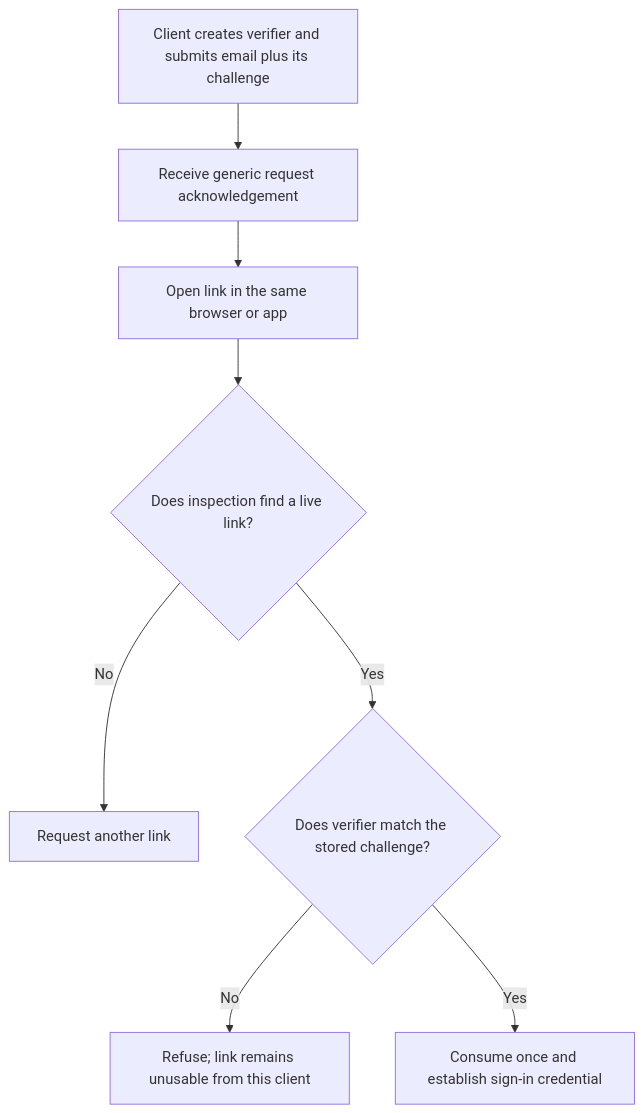
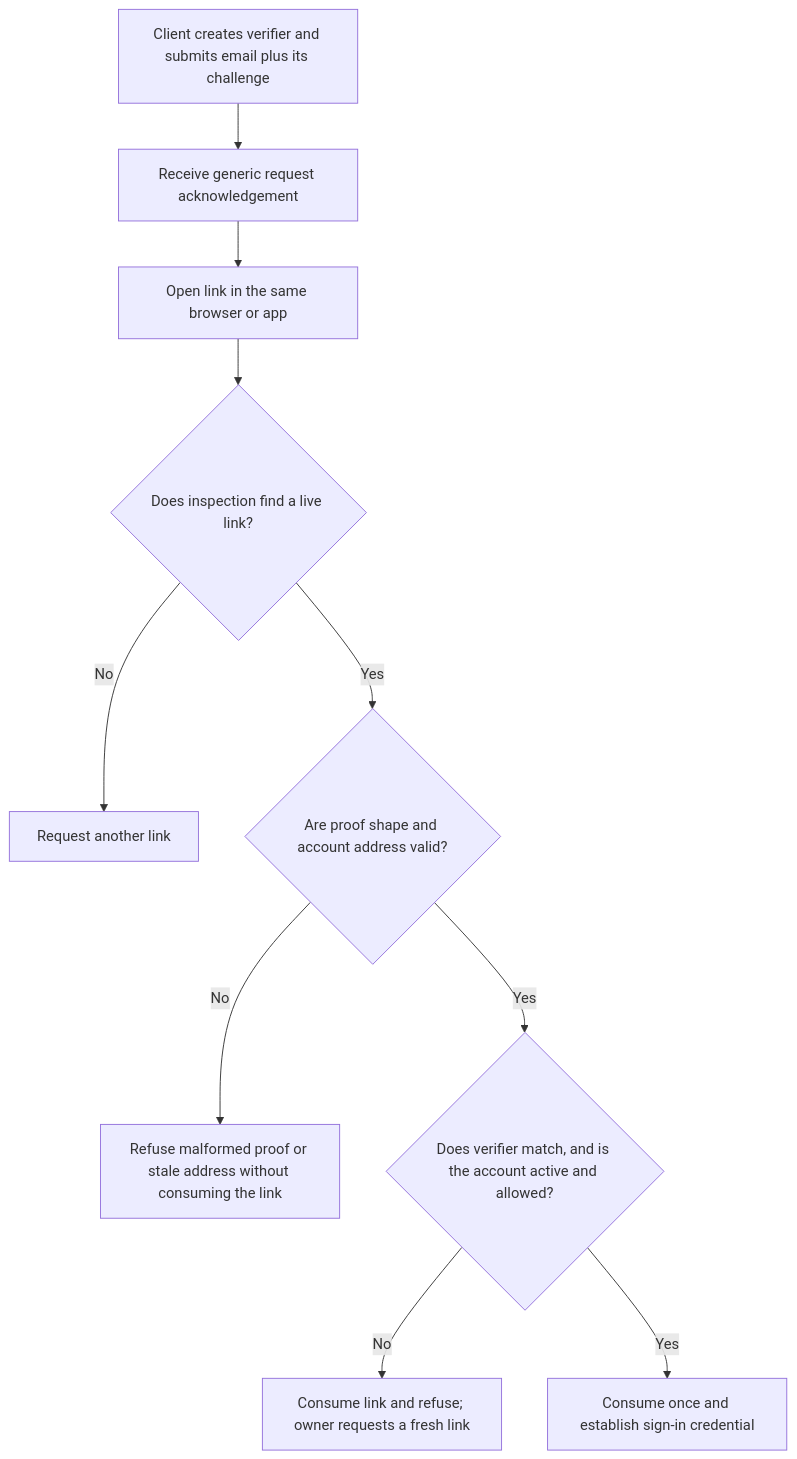
One commit to Kevinjohn/oss-adonisjs-account-kit changed the first of 2 diagrams in user-stories/US-ACCOUNT-13-magic-link.md. Above: the diagram before and after it, drawn with Mermaid. The commit also changed other lines of this file and 17 other files, not shown here.

````diff
--- a/user-stories/US-ACCOUNT-13-magic-link.md
+++ b/user-stories/US-ACCOUNT-13-magic-link.md
@@ -18,10 +18,12 @@
 ```mermaid
 flowchart TD
  A["Client creates verifier and submits email plus its challenge"] --> B["Receive generic request acknowledgement"]
  B --> C["Open link in the same browser or app"]
  C --> D{"Does inspection find a live link?"}
  D -->|No| E["Request another link"]
- D -->|Yes| F{"Does verifier match the stored challenge?"}
- F -->|No| G["Refuse; link remains unusable from this client"]
- F -->|Yes| H["Consume once and establish sign-in credential"]
+ D -->|Yes| F{"Are proof shape and account address valid?"}
+ F -->|No| G["Refuse malformed proof or stale address without consuming the link"]
+ F -->|Yes| H{"Does verifier match, and is the account active and allowed?"}
+ H -->|No| I["Consume link and refuse; owner requests a fresh link"]
+ H -->|Yes| J["Consume once and establish sign-in credential"]
 ```
````
